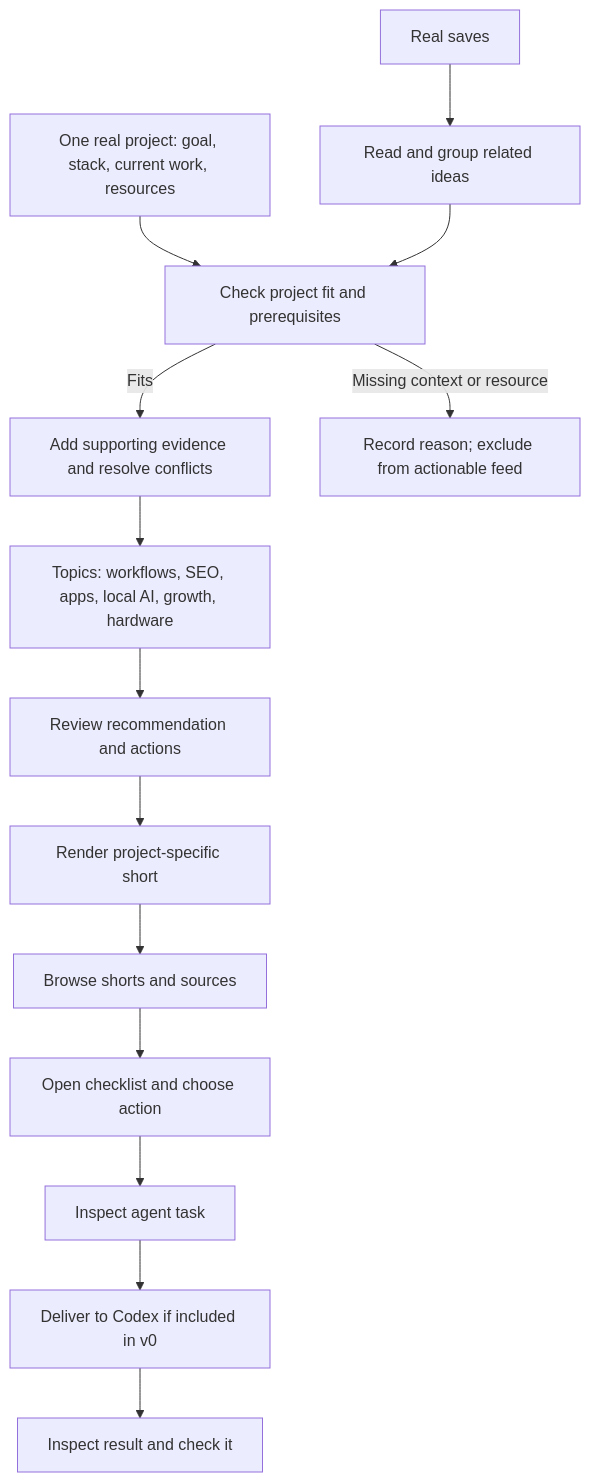
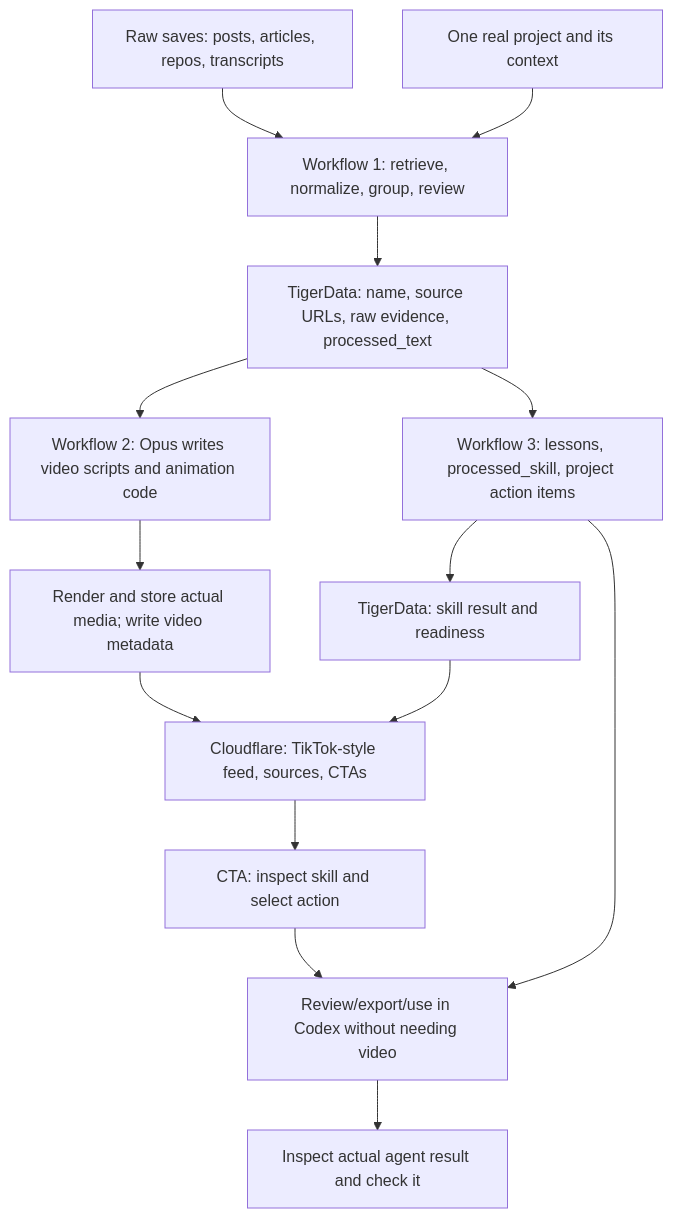
Before and after one commit to AnalystTom/Major-League-Hacking-Hack-: the diagram in docs/project-actions-spec.md, drawn with Mermaid. The commit also changed other lines of this file, not shown here.

Commit message:
docs: define ingestion video-feed and skill workflows

````diff
--- a/docs/project-actions-spec.md
+++ b/docs/project-actions-spec.md
@@ -51,16 +53,16 @@
 ```mermaid
 flowchart TD
-  A["Real saves"] --> B["Read and group related ideas"]
-  P["One real project: goal, stack, current work, resources"] --> C["Check project fit and prerequisites"]
-  B --> C
-  C -->|"Fits"| D["Add supporting evidence and resolve conflicts"]
-  C -->|"Missing context or resource"| E["Record reason; exclude from actionable feed"]
-  D --> T["Topics: workflows, SEO, apps, local AI, growth, hardware"]
-  T --> F["Review recommendation and actions"]
-  F --> G["Render project-specific short"]
-  G --> H["Browse shorts and sources"]
-  H --> I["Open checklist and choose action"]
-  I --> J["Inspect agent task"]
-  J --> K["Deliver to Codex if included in v0"]
-  K --> L["Inspect result and check it"]
+  R["Raw saves: posts, articles, repos, transcripts"] --> I["Workflow 1: retrieve, normalize, group, review"]
+  P["One real project and its context"] --> I
+  I --> T["TigerData: name, source URLs, raw evidence, processed_text"]
+  T --> V["Workflow 2: Opus writes video scripts and animation code"]
+  V --> M["Render and store actual media; write video metadata"]
+  M --> F["Cloudflare: TikTok-style feed, sources, CTAs"]
+  T --> S["Workflow 3: lessons, processed_skill, project action items"]
+  S --> K["TigerData: skill result and readiness"]
+  K --> F
+  S --> X["Review/export/use in Codex without needing video"]
+  F --> C["CTA: inspect skill and select action"]
+  C --> X
+  X --> Q["Inspect actual agent result and check it"]
 ```
````
